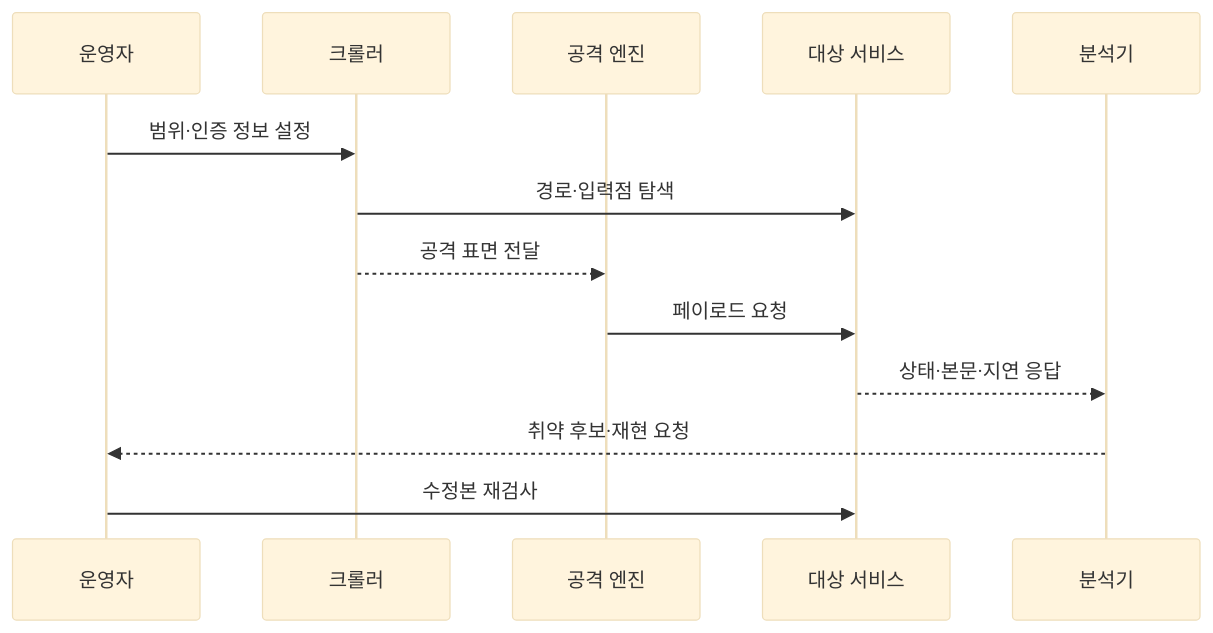
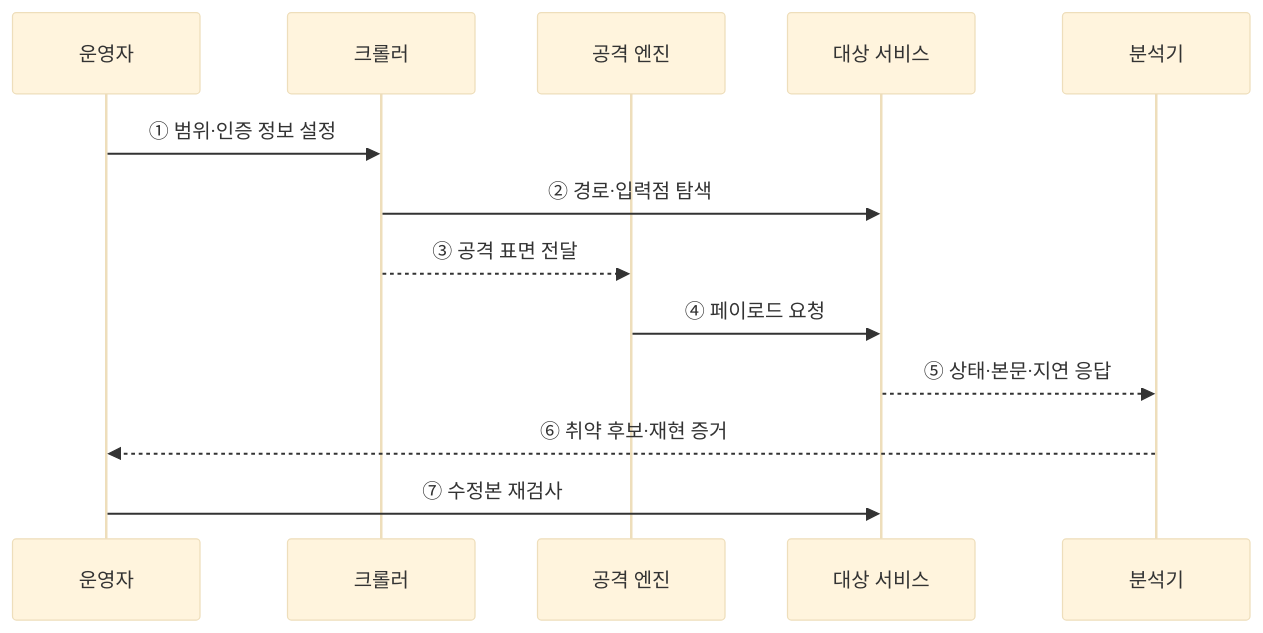
One commit to agnusdei1207/knowledge-base changed the second of 2 diagrams in src/content/docs/notes/03-software/068_dynamic_application_security_testing.md. Above: the diagram before and after it, drawn with Mermaid (base theme). The commit also changed other lines of this file and 20 other files, not shown here.

````diff
--- a/src/content/docs/notes/03-software/068_dynamic_application_security_testing.md
+++ b/src/content/docs/notes/03-software/068_dynamic_application_security_testing.md
@@ -80,15 +70,15 @@
 ```mermaid
 sequenceDiagram
     participant O as 운영자
     participant C as 크롤러
     participant A as 공격 엔진
     participant T as 대상 서비스
     participant R as 분석기
-    O->>C: 범위·인증 정보 설정
-    C->>T: 경로·입력점 탐색
-    C-->>A: 공격 표면 전달
-    A->>T: 페이로드 요청
-    T-->>R: 상태·본문·지연 응답
-    R-->>O: 취약 후보·재현 요청
-    O->>T: 수정본 재검사
+    O->>C: ① 범위·인증 정보 설정
+    C->>T: ② 경로·입력점 탐색
+    C-->>A: ③ 공격 표면 전달
+    A->>T: ④ 페이로드 요청
+    T-->>R: ⑤ 상태·본문·지연 응답
+    R-->>O: ⑥ 취약 후보·재현 증거
+    O->>T: ⑦ 수정본 재검사
 ```
````
